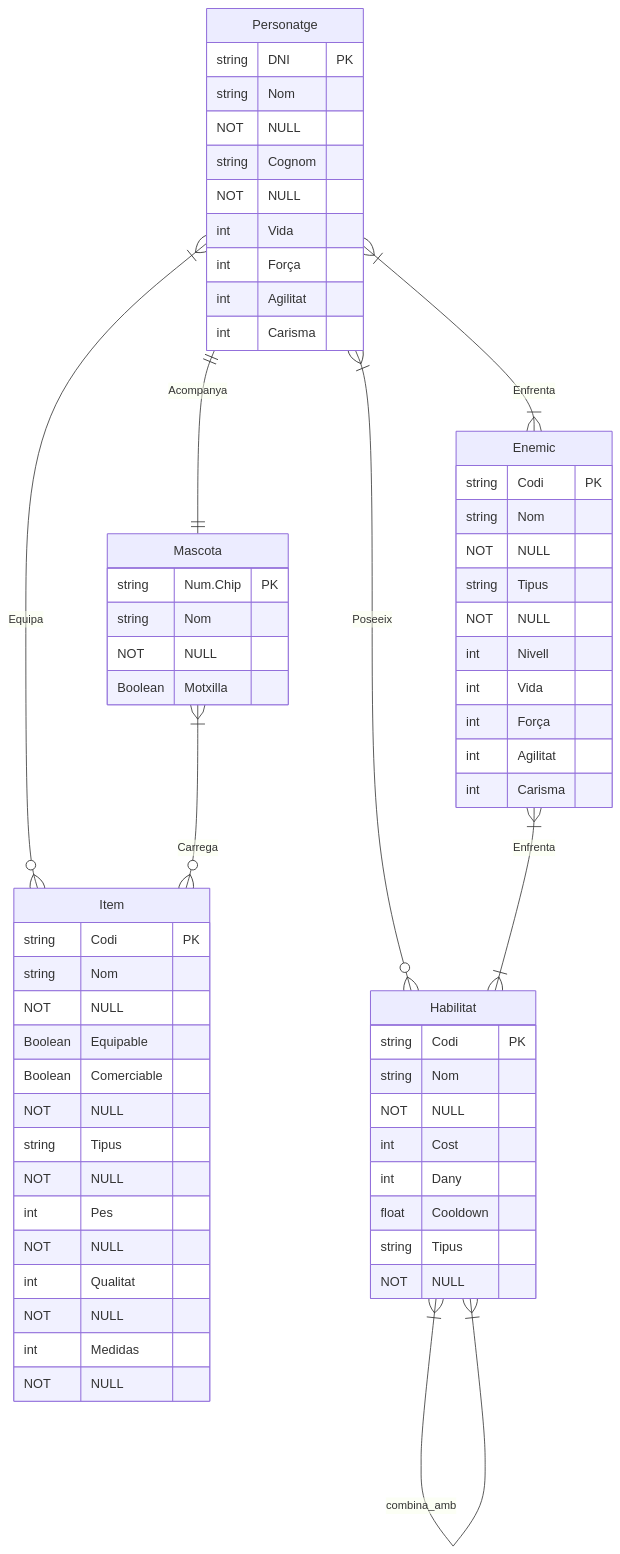
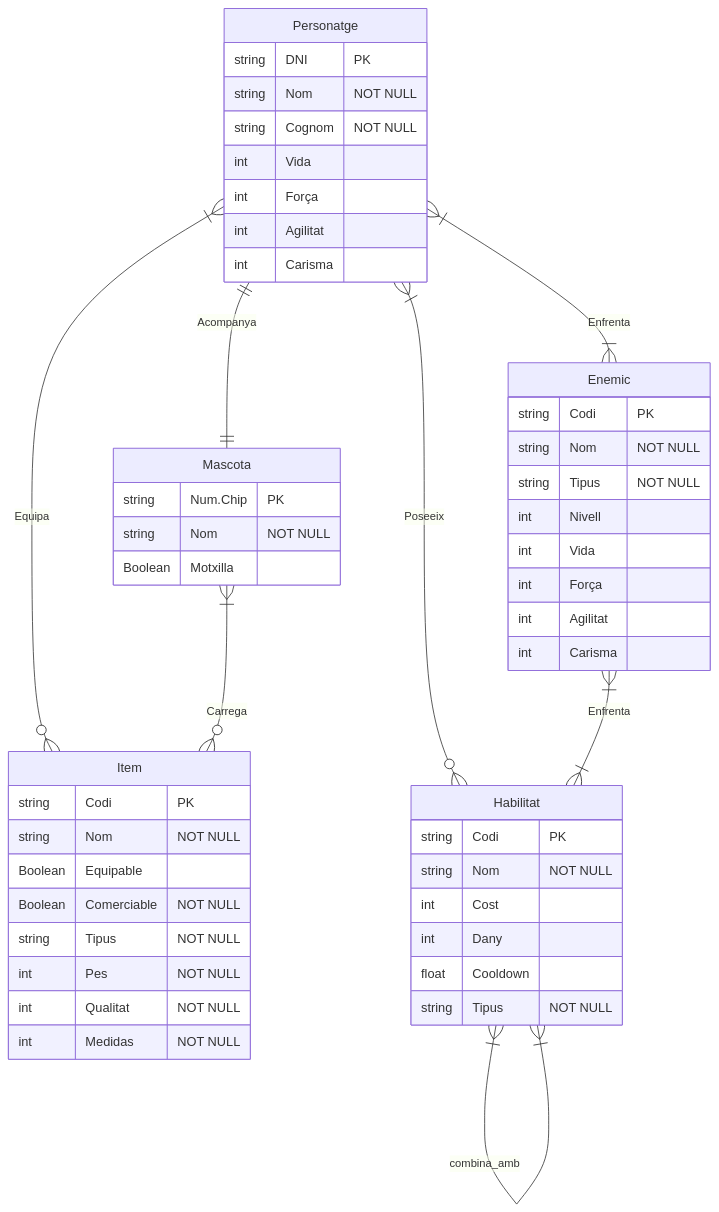
The diagram in LMSGI/GBD/diagrama-er-mermamid.md (J0hnL3mon2005/Lliuraments-2627), drawn with Mermaid before and after one commit.

````diff
--- a/LMSGI/GBD/diagrama-er-mermamid.md
+++ b/LMSGI/GBD/diagrama-er-mermamid.md
@@ -1,54 +1,54 @@
 ```mermaid
 
 erDiagram
     Personatge {
-        string DNI PK
-        string Nom NOT NULL
-        string Cognom NOT NULL
+        string DNI "PK"
+        string Nom "NOT NULL"
+        string Cognom "NOT NULL"
         int Vida
         int Força
         int Agilitat
         int Carisma
     }
     Item {
-        string Codi PK
-        string Nom NOT NULL
+        string Codi "PK"
+        string Nom "NOT NULL"
         Boolean Equipable
-        Boolean Comerciable NOT NULL 
-        string Tipus NOT NULL
-        int Pes NOT NULL
-        int Qualitat NOT NULL
-        int Medidas NOT NULL
+        Boolean Comerciable "NOT NULL" 
+        string Tipus "NOT NULL"
+        int Pes "NOT NULL"
+        int Qualitat "NOT NULL"
+        int Medidas "NOT NULL"
     }
     Mascota {
-        string  Num.Chip PK
-        string Nom NOT NULL
+        string  Num.Chip "PK"
+        string Nom "NOT NULL"
         Boolean Motxilla 
     }
     Enemic {
-        string Codi PK
-        string Nom NOT NULL
-        string Tipus NOT NULL
+        string Codi "PK"
+        string Nom "NOT NULL"
+        string Tipus "NOT NULL"
         int Nivell 
         int Vida
         int Força
         int Agilitat
         int Carisma
     }
     Habilitat {
-        string Codi PK
-        string Nom NOT NULL
+        string Codi "PK"
+        string Nom "NOT NULL"
         int Cost 
         int Dany
         float Cooldown
-        string Tipus NOT NULL
+        string Tipus "NOT NULL"
     }
 
-    Personatge }| -- o{ Item: "Equipa"
-    Mascota }| -- o{ Item: "Carrega"
-    Personatge || -- || Mascota: "Acompanya"
-    Personatge }| -- |{ Enemic: "Enfrenta"
-    Personatge }| -- o{ Habilitat: "Poseeix"
-    Enemic }| -- |{ Habilitat: "Enfrenta"
+    Personatge }| -- o{ Item: Equipa
+    Mascota }| -- o{ Item: Carrega
+    Personatge || -- || Mascota: Acompanya
+    Personatge }| -- |{ Enemic: Enfrenta
+    Personatge }| -- o{ Habilitat: Poseeix
+    Enemic }| -- |{ Habilitat: Enfrenta
     Habilitat }| -- |{ Habilitat: combina_amb
 ```
````
